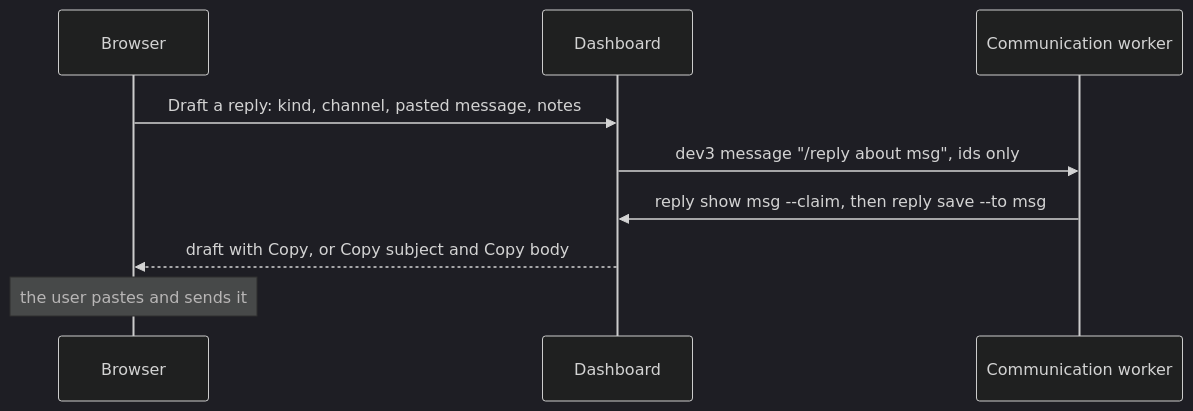
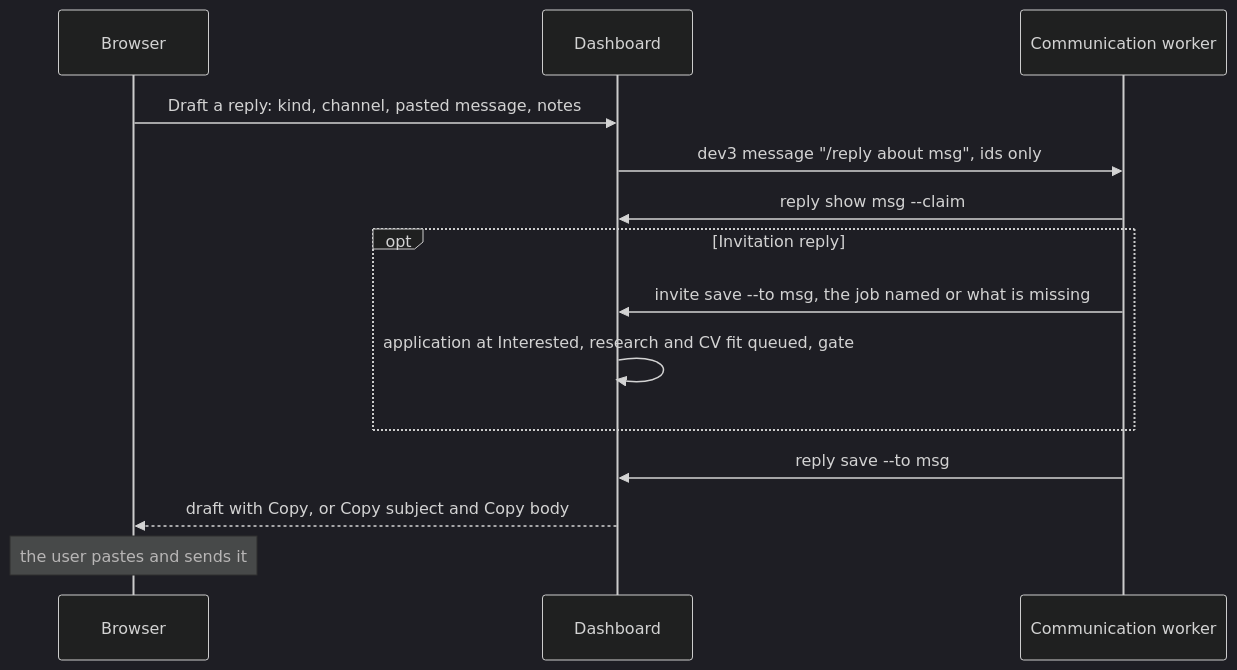
The fifth of 10 diagrams in docs/how-it-works.md (Pavlana/hirey), drawn with Mermaid (dark theme) before and after one commit. The commit also changed other lines of this file and 19 other files, not shown here.

First line of the commit message:
LinkedIn invitations: one paste, evaluated, then a reply or a head start

````diff
--- a/docs/how-it-works.md
+++ b/docs/how-it-works.md
@@ -196,11 +196,16 @@
 ```mermaid
 sequenceDiagram
     participant B as Browser
     participant W as Dashboard
     participant C as Communication worker
     B->>W: Draft a reply: kind, channel, pasted message, notes
     W->>C: dev3 message "/reply about msg", ids only
-    C->>W: reply show msg --claim, then reply save --to msg
+    C->>W: reply show msg --claim
+    opt Invitation reply
+        C->>W: invite save --to msg, the job named or what is missing
+        W->>W: application at Interested, research and CV fit queued, gate
+    end
+    C->>W: reply save --to msg
     W-->>B: draft with Copy, or Copy subject and Copy body
     Note over B: the user pastes and sends it
 ```
````
